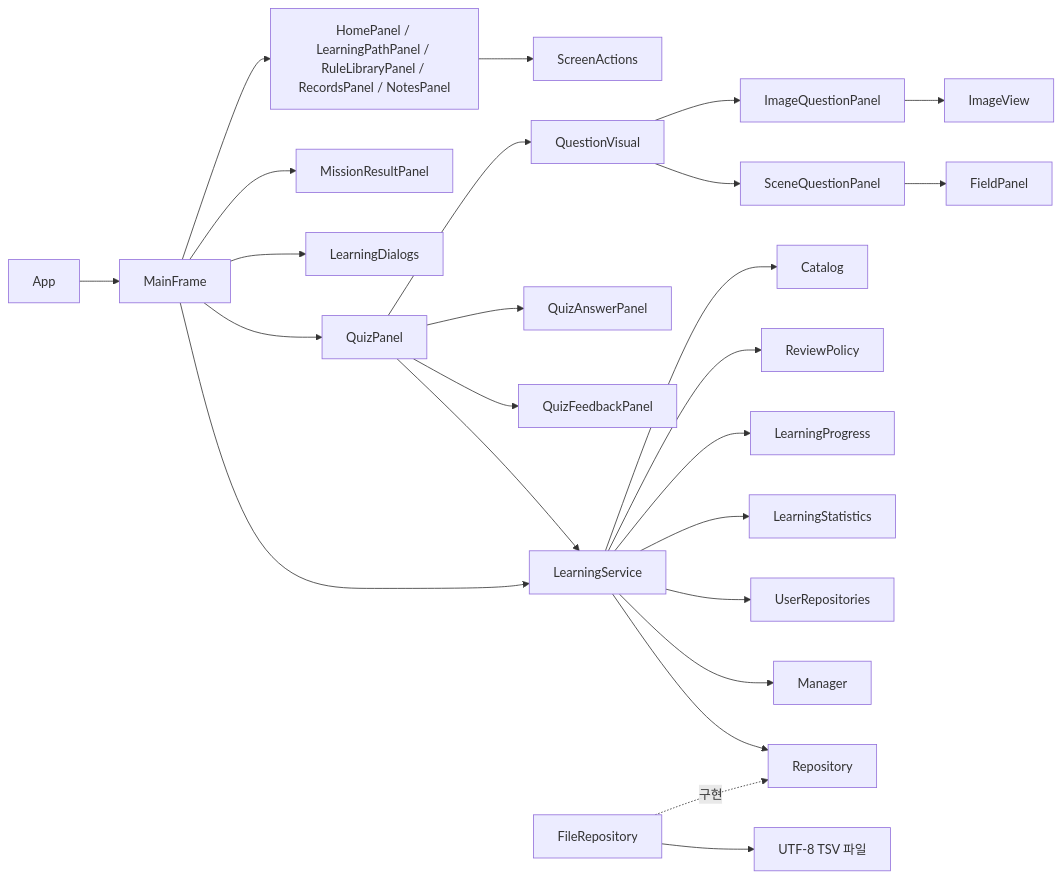
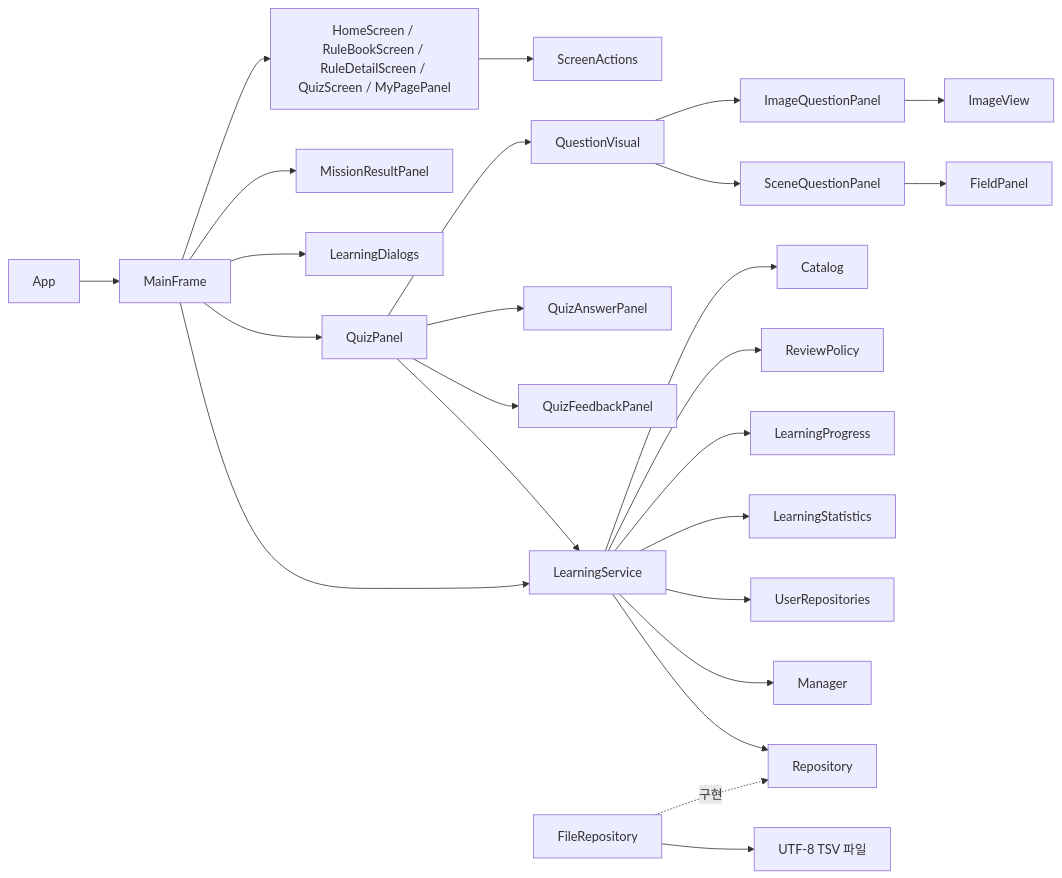
Before and after one commit to yoojinseo325/oopteamproject_i: the diagram in docs/ARCHITECTURE.md, drawn with Mermaid. The commit also changed other lines of this file and 23 other files, not shown here.

````diff
--- a/docs/ARCHITECTURE.md
+++ b/docs/ARCHITECTURE.md
@@ -7,27 +7,27 @@
 ```mermaid
 flowchart LR
   App --> MainFrame
-  MainFrame --> Pages[HomePanel / LearningPathPanel / RuleLibraryPanel / RecordsPanel / NotesPanel]
+  MainFrame --> Pages[HomeScreen / RuleBookScreen / RuleDetailScreen / QuizScreen / MyPagePanel]
   MainFrame --> MissionResultPanel
   MainFrame --> LearningDialogs
   MainFrame --> QuizPanel
   Pages --> ScreenActions
   QuizPanel --> QuestionVisual
   QuestionVisual --> ImageQuestionPanel
   QuestionVisual --> SceneQuestionPanel
   SceneQuestionPanel --> FieldPanel
   ImageQuestionPanel --> ImageView
   QuizPanel --> QuizAnswerPanel
   QuizPanel --> QuizFeedbackPanel
   MainFrame --> LearningService
   QuizPanel --> LearningService
   LearningService --> Catalog
   LearningService --> ReviewPolicy
   LearningService --> LearningProgress
   LearningService --> LearningStatistics
   LearningService --> UserRepositories
   LearningService --> Manager
   LearningService --> Repository
   FileRepository -.구현.-> Repository
   FileRepository --> TSV[UTF-8 TSV 파일]
 ```
````
